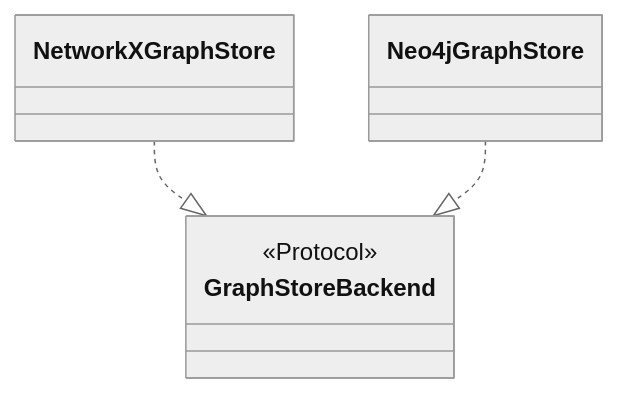
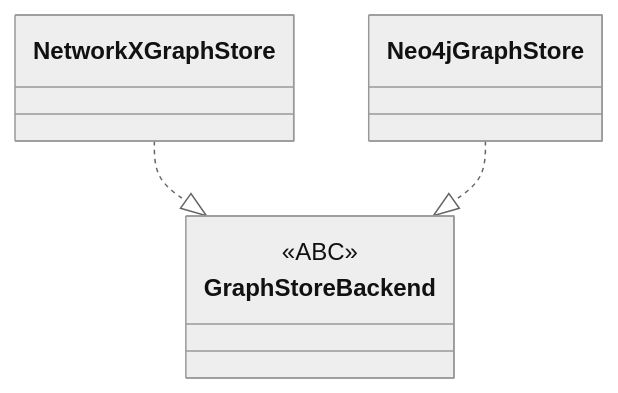
One commit to abdissa-png/UnifiedMemory changed the fourth of 8 diagrams in docs/mdx/04-storage-data-plane.mdx. Above: the diagram before and after it, drawn with Mermaid (neutral theme). The commit also changed other lines of this file and 5 other files, not shown here.

First line of the commit message:
docs(architecture): sync diagrams and interface ownership with refactor

````diff
--- a/docs/mdx/04-storage-data-plane.mdx
+++ b/docs/mdx/04-storage-data-plane.mdx
@@ -87,8 +86,8 @@
 ```mermaid
 classDiagram
   class GraphStoreBackend {
-    <<Protocol>>
+    <<ABC>>
   }
   NetworkXGraphStore ..|> GraphStoreBackend
   Neo4jGraphStore ..|> GraphStoreBackend
 ```
````
